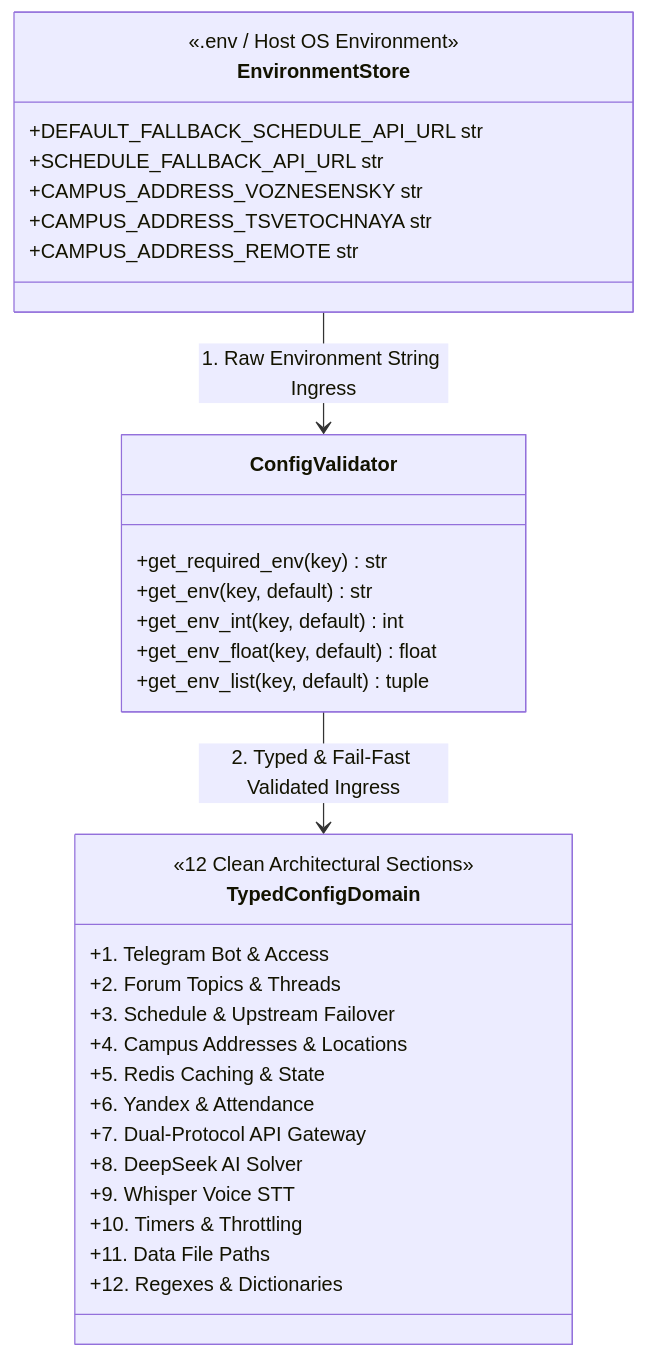
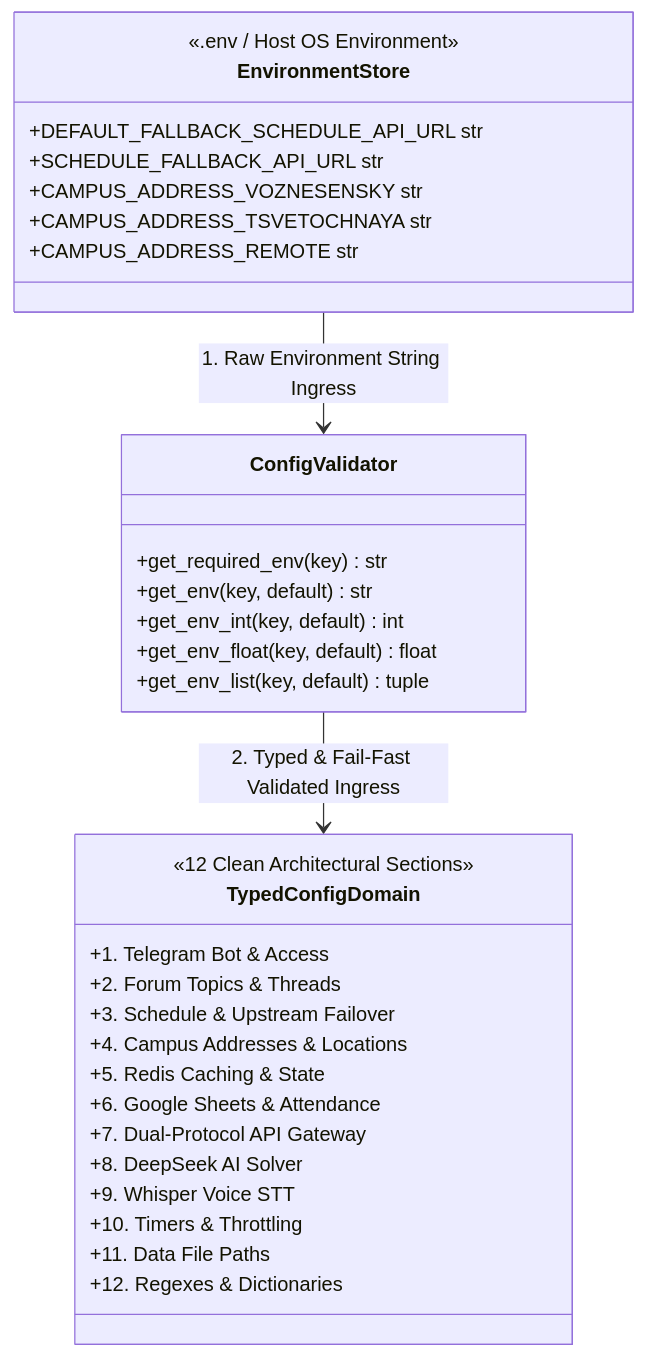
One commit to Utkautka1/para changed diagram 40 of 55 in docs/UML.md. Above: the diagram before and after it, drawn with Mermaid. The commit also changed other lines of this file and 49 other files, not shown here.

Commit message:
feat(attendance): migrate from yandex docs to google sheets and drive api

````diff
--- a/docs/UML.md
+++ b/docs/UML.md
@@ -2751,40 +2734,40 @@
 ```mermaid
 classDiagram
     direction TB
 
     class ConfigValidator {
         +get_required_env(key) str
         +get_env(key, default) str
         +get_env_int(key, default) int
         +get_env_float(key, default) float
         +get_env_list(key, default) tuple
     }
 
     class EnvironmentStore {
         <<.env / Host OS Environment>>
         +DEFAULT_FALLBACK_SCHEDULE_API_URL str
         +SCHEDULE_FALLBACK_API_URL str
         +CAMPUS_ADDRESS_VOZNESENSKY str
         +CAMPUS_ADDRESS_TSVETOCHNAYA str
         +CAMPUS_ADDRESS_REMOTE str
     }
 
     class TypedConfigDomain {
         <<12 Clean Architectural Sections>>
         +1. Telegram Bot & Access
         +2. Forum Topics & Threads
         +3. Schedule & Upstream Failover
         +4. Campus Addresses & Locations
         +5. Redis Caching & State
-        +6. Yandex & Attendance
+        +6. Google Sheets & Attendance
         +7. Dual-Protocol API Gateway
         +8. DeepSeek AI Solver
         +9. Whisper Voice STT
         +10. Timers & Throttling
         +11. Data File Paths
         +12. Regexes & Dictionaries
     }
 
     EnvironmentStore --> ConfigValidator: 1. Raw Environment String Ingress
     ConfigValidator --> TypedConfigDomain: 2. Typed & Fail-Fast Validated Ingress
 ```
````
